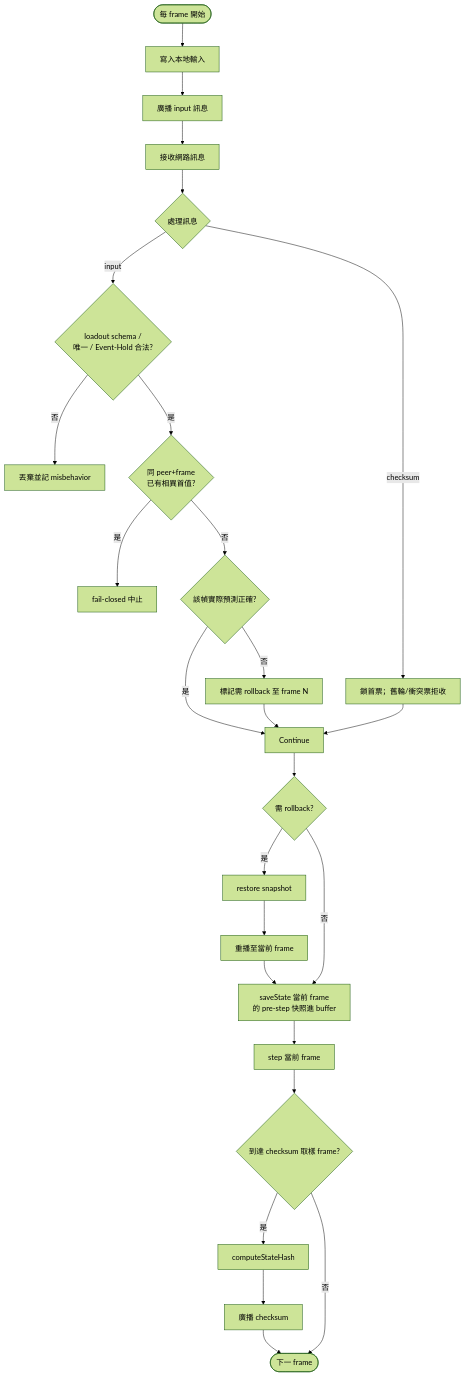
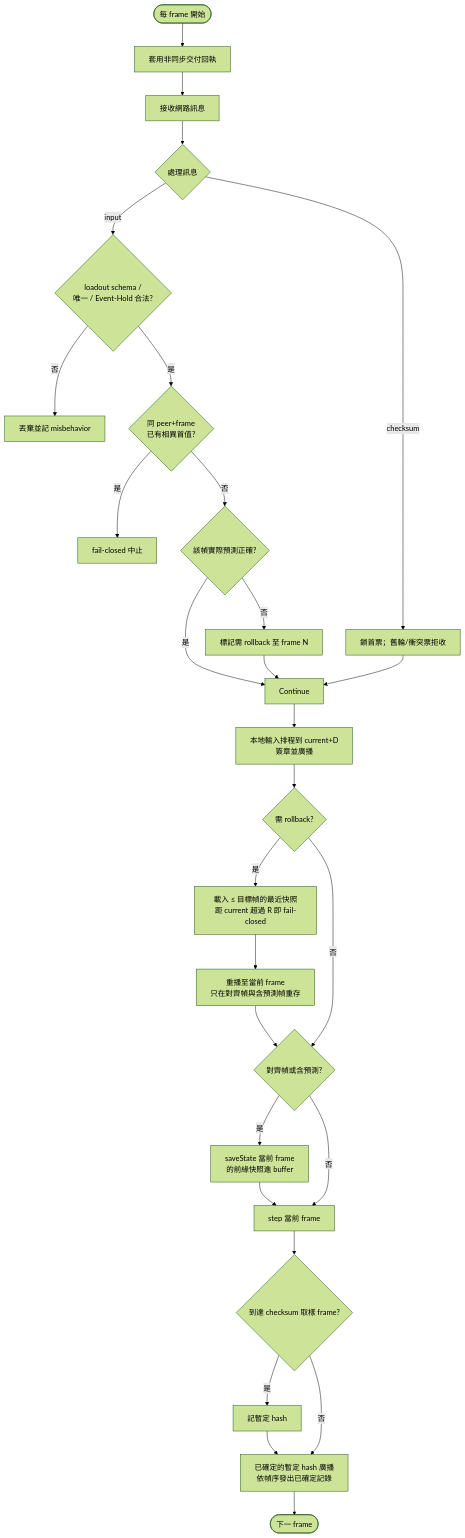
Before and after one commit to xjustloveux/open-4wd-specs: the first of 6 diagrams in 程式架構/程式流程/network-sync.md, drawn with Mermaid (forest theme). The commit also changed other lines of this file and 185 other files, not shown here.

````diff
--- a/程式架構/程式流程/network-sync.md
+++ b/程式架構/程式流程/network-sync.md
@@ -19,28 +19,30 @@
 ```mermaid
 flowchart TD
-    Start([每 frame 開始]) --> Local[寫入本地輸入]
-    Local --> Broadcast[廣播 input 訊息]
-    Broadcast --> Recv[接收網路訊息]
+    Start([每 frame 開始]) --> Receipt[套用非同步交付回執]
+    Receipt --> Recv[接收網路訊息]
     Recv --> Process{處理訊息}
     Process -->|input| ValidateInput{loadout schema /<br/>唯一 / Event-Hold 合法?}
     ValidateInput -->|否| DropInput[丟棄並記 misbehavior]
     ValidateInput -->|是| Equivocation{同 peer+frame<br/>已有相異首值?}
     Equivocation -->|是| AbortInput[fail-closed 中止]
     Equivocation -->|否| CheckPred{該幀實際預測正確?}
     Process -->|checksum| StoreCS[鎖首票；舊輪/衝突票拒收]
     CheckPred -->|是| Continue
     CheckPred -->|否| MarkRB[標記需 rollback 至 frame N]
     StoreCS --> Continue
     MarkRB --> Continue
-    Continue --> RB{需 rollback?}
-    RB -->|是| Restore[restore snapshot]
-    Restore --> Replay[重播至當前 frame]
-    Replay --> SavePre
-    RB -->|否| SavePre[saveState 當前 frame<br/>的 pre-step 快照進 buffer]
+    Continue --> Local[本地輸入排程到 current+D<br/>簽章並廣播]
+    Local --> RB{需 rollback?}
+    RB -->|是| Restore[載入 ≤ 目標幀的最近快照<br/>距 current 超過 R 即 fail-closed]
+    Restore --> Replay[重播至當前 frame<br/>只在對齊幀與含預測幀重存]
+    Replay --> SaveRule
+    RB -->|否| SaveRule{對齊幀或含預測?}
+    SaveRule -->|是| SavePre[saveState 當前 frame<br/>的前緣快照進 buffer]
+    SaveRule -->|否| StepCurrent
     SavePre --> StepCurrent[step 當前 frame]
     StepCurrent --> CSCheck{到達 checksum 取樣 frame?}
-    CSCheck -->|是| Hash[computeStateHash]
-    Hash --> SendCS[廣播 checksum]
-    CSCheck -->|否| Done
-    SendCS --> Done([下一 frame])
+    CSCheck -->|是| Hash[記暫定 hash]
+    CSCheck -->|否| Settle
+    Hash --> Settle[已確定的暫定 hash 廣播<br/>依幀序發出已確定記錄]
+    Settle --> Done([下一 frame])
 ```
````
